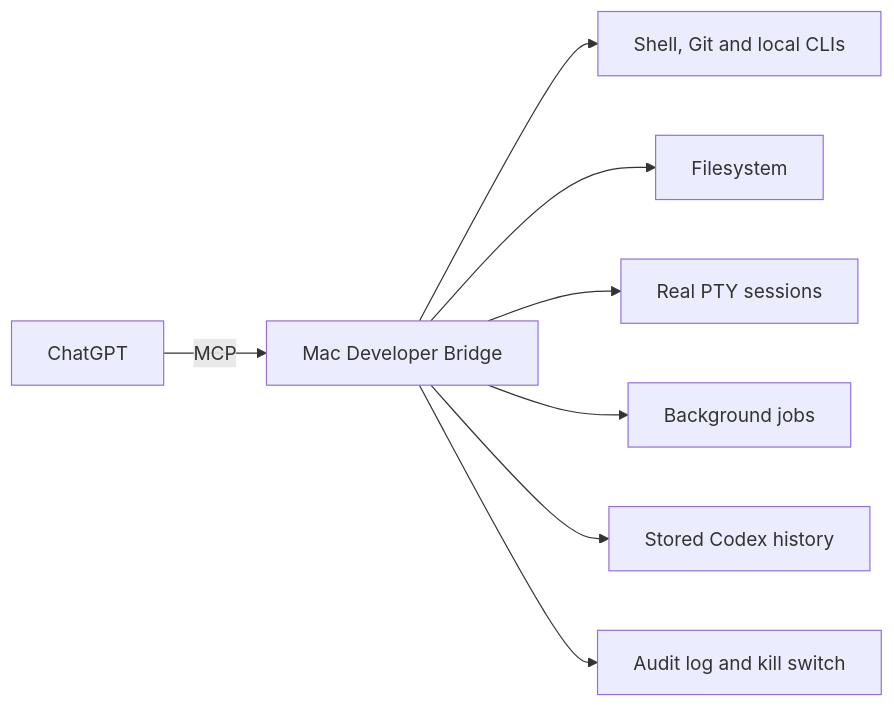
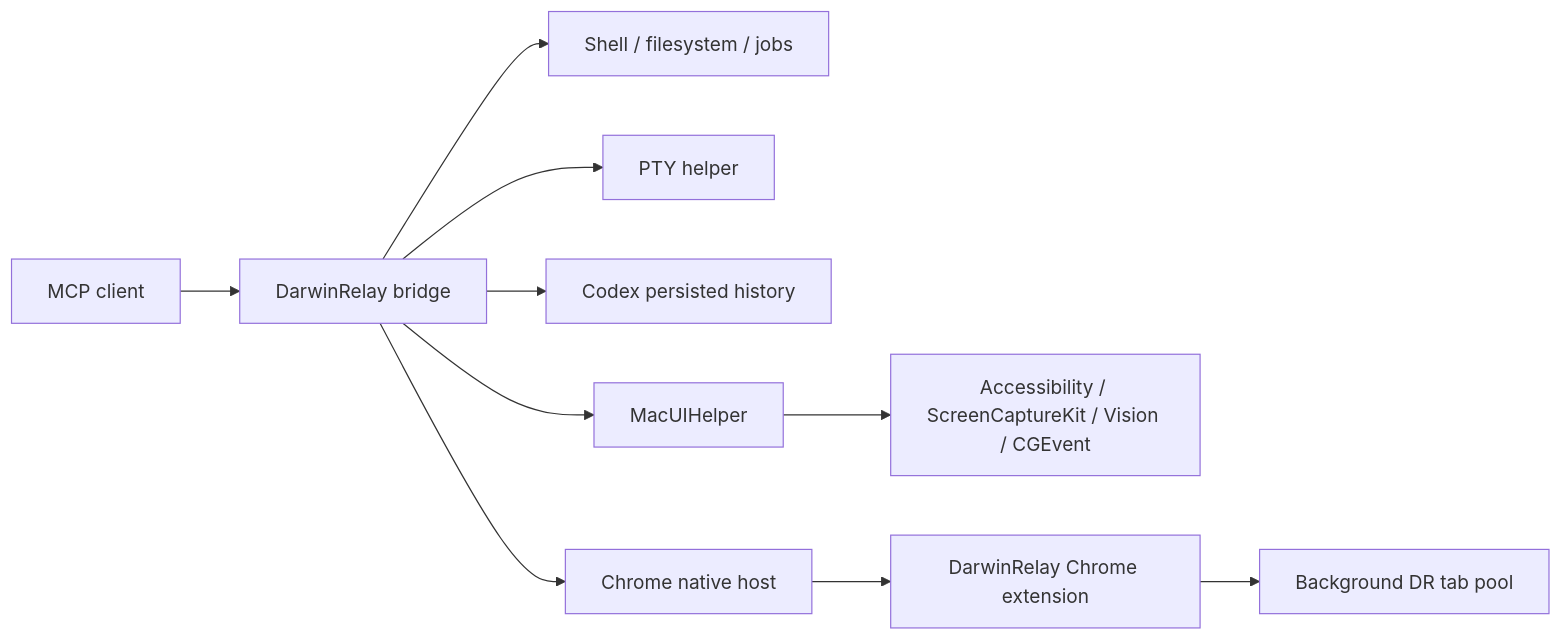
The diagram in README.md (dcierra/darwinrelay), drawn with Mermaid before and after one commit. The commit also changed other lines of this file and 84 other files, not shown here.

Commit message:
feat: launch DarwinRelay public edition

````diff
--- a/README.md
+++ b/README.md
@@ -23,10 +27,12 @@
 ```mermaid
 flowchart LR
-    A[ChatGPT] -->|MCP| B[Mac Developer Bridge]
-    B --> C[Shell, Git and local CLIs]
-    B --> D[Filesystem]
-    B --> E[Real PTY sessions]
-    B --> F[Background jobs]
-    B --> G[Stored Codex history]
-    B --> H[Audit log and kill switch]
+    A[MCP client] --> B[DarwinRelay bridge]
+    B --> C[Shell / filesystem / jobs]
+    B --> D[PTY helper]
+    B --> E[Codex persisted history]
+    B --> F[MacUIHelper]
+    F --> G[Accessibility / ScreenCaptureKit / Vision / CGEvent]
+    B --> H[Chrome native host]
+    H --> I[DarwinRelay Chrome extension]
+    I --> J[Background DR tab pool]
 ```
````
